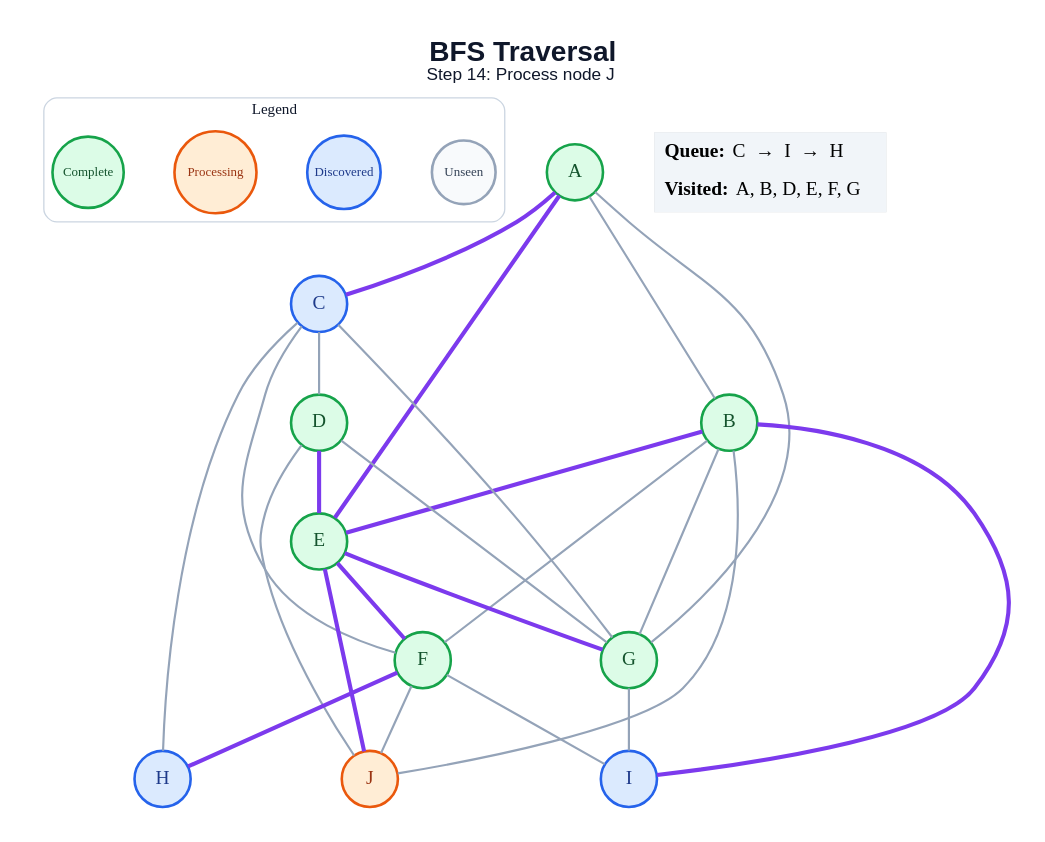
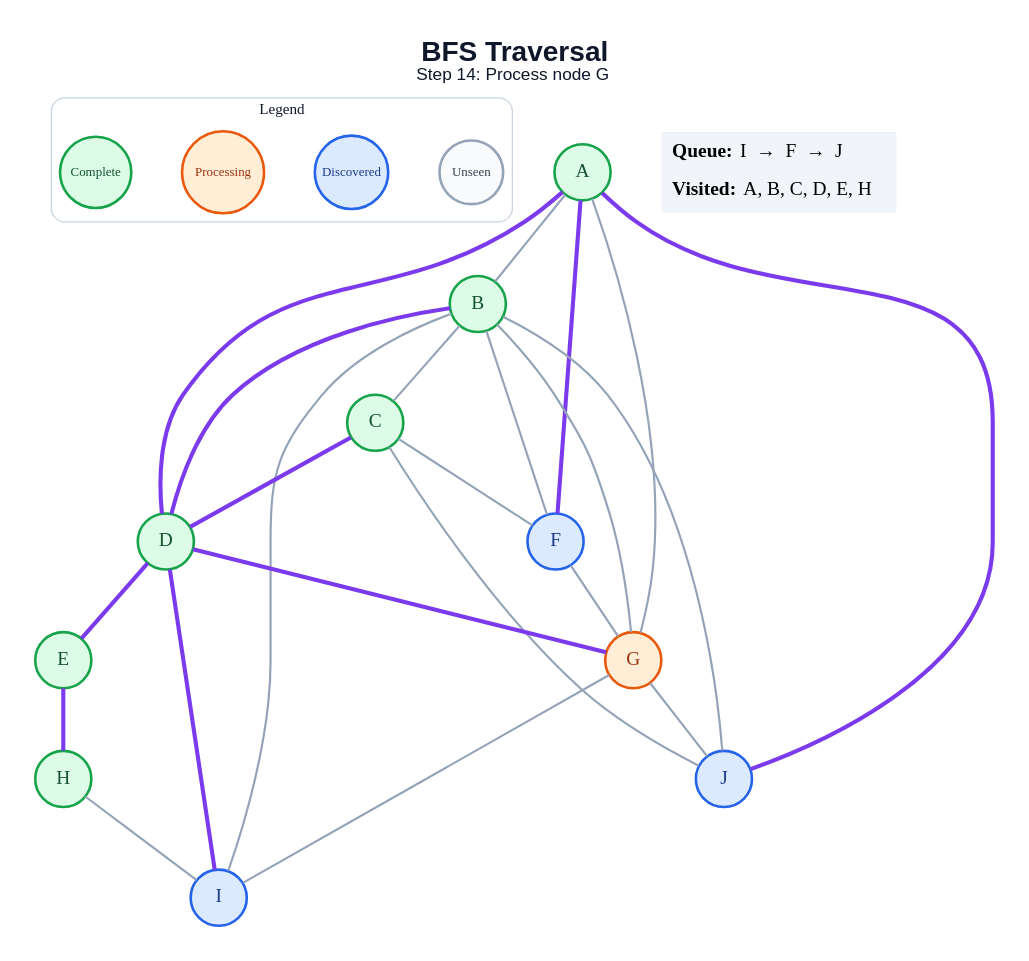
Before and after one commit to amanghodawala9/ai-slop: the diagram in generated/specific-node/bfs/step_14.dot, drawn with Graphviz. The commit also changed 178 other files, not shown here.

```diff
--- a/generated/specific-node/bfs/step_14.dot
+++ b/generated/specific-node/bfs/step_14.dot
@@ -1,52 +1,51 @@
 graph traversal {
   graph [layout=dot, rankdir=TB, bgcolor="#FFFFFF", pad="0.35", nodesep="0.65", ranksep="0.8", fontname="Arial"];
   node [shape=circle, style="filled", fontname="Arial Bold", fontsize=18, width=0.72, fixedsize=true, penwidth=2.4];
   edge [color="#94A3B8", penwidth=2.0];
-  label=<<B>BFS Traversal</B><BR/><FONT POINT-SIZE="16">Step 14: Process node J</FONT>>; labelloc="t"; fontsize=26; fontname="Arial"; fontcolor="#0F172A";
+  label=<<B>BFS Traversal</B><BR/><FONT POINT-SIZE="16">Step 14: Process node G</FONT>>; labelloc="t"; fontsize=26; fontname="Arial"; fontcolor="#0F172A";
   subgraph cluster_legend { label="Legend"; color="#CBD5E1"; penwidth=1.2; style="rounded"; fontsize=14; fontname="Arial Bold";
     key_unseen [label="Unseen", fillcolor="#F8FAFC", color="#94A3B8", fontcolor="#334155", fontsize=12, width=0.82];
     key_frontier [label="Discovered", fillcolor="#DBEAFE", color="#2563EB", fontcolor="#1E3A8A", fontsize=12, width=0.95];
     key_current [label="Processing", fillcolor="#FFEDD5", color="#EA580C", fontcolor="#9A3412", fontsize=12, width=1.05];
     key_done [label="Complete", fillcolor="#DCFCE7", color="#16A34A", fontcolor="#14532D", fontsize=12, width=0.92];
     { rank=same; key_unseen; key_frontier; key_current; key_done; }
   }
   A [fillcolor="#DCFCE7", color="#16A34A", fontcolor="#14532D"];
   B [fillcolor="#DCFCE7", color="#16A34A", fontcolor="#14532D"];
-  C [fillcolor="#DBEAFE", color="#2563EB", fontcolor="#1E3A8A"];
+  C [fillcolor="#DCFCE7", color="#16A34A", fontcolor="#14532D"];
   D [fillcolor="#DCFCE7", color="#16A34A", fontcolor="#14532D"];
   E [fillcolor="#DCFCE7", color="#16A34A", fontcolor="#14532D"];
-  F [fillcolor="#DCFCE7", color="#16A34A", fontcolor="#14532D"];
-  G [fillcolor="#DCFCE7", color="#16A34A", fontcolor="#14532D"];
-  H [fillcolor="#DBEAFE", color="#2563EB", fontcolor="#1E3A8A"];
+  F [fillcolor="#DBEAFE", color="#2563EB", fontcolor="#1E3A8A"];
+  G [fillcolor="#FFEDD5", color="#EA580C", fontcolor="#9A3412"];
+  H [fillcolor="#DCFCE7", color="#16A34A", fontcolor="#14532D"];
   I [fillcolor="#DBEAFE", color="#2563EB", fontcolor="#1E3A8A"];
-  J [fillcolor="#FFEDD5", color="#EA580C", fontcolor="#9A3412"];
+  J [fillcolor="#DBEAFE", color="#2563EB", fontcolor="#1E3A8A"];
   A -- B;
-  A -- C [color="#7C3AED", penwidth=3.8];
-  A -- E [color="#7C3AED", penwidth=3.8];
+  A -- D [color="#7C3AED", penwidth=3.8];
+  A -- F [color="#7C3AED", penwidth=3.8];
   A -- G;
-  B -- E [color="#7C3AED", penwidth=3.8];
+  A -- J [color="#7C3AED", penwidth=3.8];
+  B -- C;
+  B -- D [color="#7C3AED", penwidth=3.8];
   B -- F;
   B -- G;
-  B -- I [color="#7C3AED", penwidth=3.8];
+  B -- I;
   B -- J;
-  C -- D;
+  C -- D [color="#7C3AED", penwidth=3.8];
   C -- F;
-  C -- G;
-  C -- H;
+  C -- J;
   D -- E [color="#7C3AED", penwidth=3.8];
-  D -- G;
-  D -- J;
-  E -- F [color="#7C3AED", penwidth=3.8];
-  E -- G [color="#7C3AED", penwidth=3.8];
-  E -- J [color="#7C3AED", penwidth=3.8];
-  F -- H [color="#7C3AED", penwidth=3.8];
-  F -- I;
-  F -- J;
+  D -- G [color="#7C3AED", penwidth=3.8];
+  D -- I [color="#7C3AED", penwidth=3.8];
+  E -- H [color="#7C3AED", penwidth=3.8];
+  F -- G;
   G -- I;
+  G -- J;
+  H -- I;
   status [shape=plain, fixedsize=false, width=0, height=0, margin=0, label=<
     <TABLE BORDER="0" CELLBORDER="0" CELLPADDING="7" BGCOLOR="#F1F5F9">
-      <TR><TD ALIGN="LEFT"><B>Queue:</B> C  →  I  →  H</TD></TR>
-      <TR><TD ALIGN="LEFT"><B>Visited:</B> A, B, D, E, F, G</TD></TR>
+      <TR><TD ALIGN="LEFT"><B>Queue:</B> I  →  F  →  J</TD></TR>
+      <TR><TD ALIGN="LEFT"><B>Visited:</B> A, B, C, D, E, H</TD></TR>
     </TABLE>
   >];
 }
```
